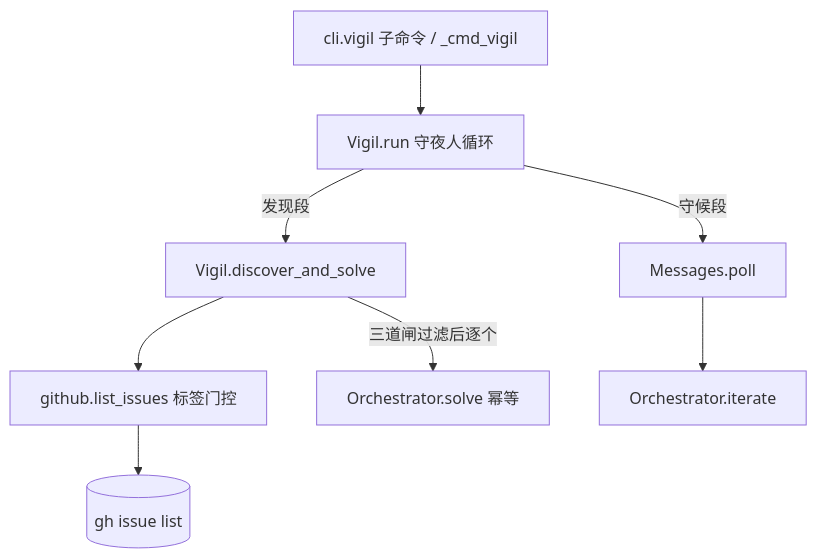
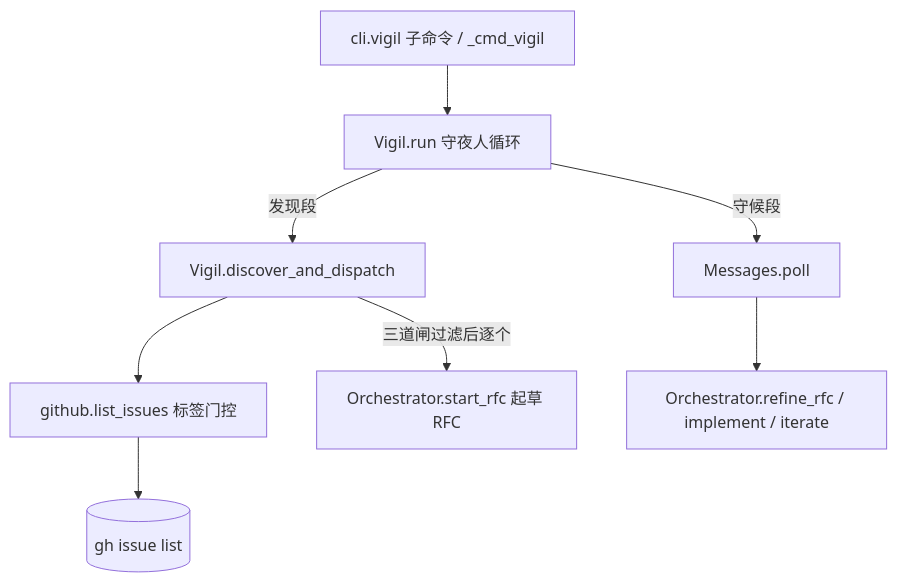
Before and after one commit to Curry09/OpenAgents: the first of 2 diagrams in docs/rfcs/0004-vigil-autonomous-loop.md, drawn with Mermaid. The commit also changed other lines of this file and 4 other files, not shown here.

First line of the commit message:
fix(backend): vigil 派单改调 start_rfc，适配 RFC-0005 solve 原子化拆分

````diff
--- a/docs/rfcs/0004-vigil-autonomous-loop.md
+++ b/docs/rfcs/0004-vigil-autonomous-loop.md
@@ -118,10 +121,10 @@
 ```mermaid
 graph TD
     CLI[cli.vigil 子命令 / _cmd_vigil] --> V[Vigil.run 守夜人循环]
-    V -->|发现段| D[Vigil.discover_and_solve]
+    V -->|发现段| D[Vigil.discover_and_dispatch]
     D --> GI[github.list_issues 标签门控]
-    D -->|三道闸过滤后逐个| ORC[Orchestrator.solve 幂等]
+    D -->|三道闸过滤后逐个| ORC[Orchestrator.start_rfc 起草 RFC]
     V -->|守候段| POLL[Messages.poll]
-    POLL --> ORC2[Orchestrator.iterate]
+    POLL --> ORC2[Orchestrator.refine_rfc / implement / iterate]
     GI --> GHCLI[(gh issue list)]
 ```
````
